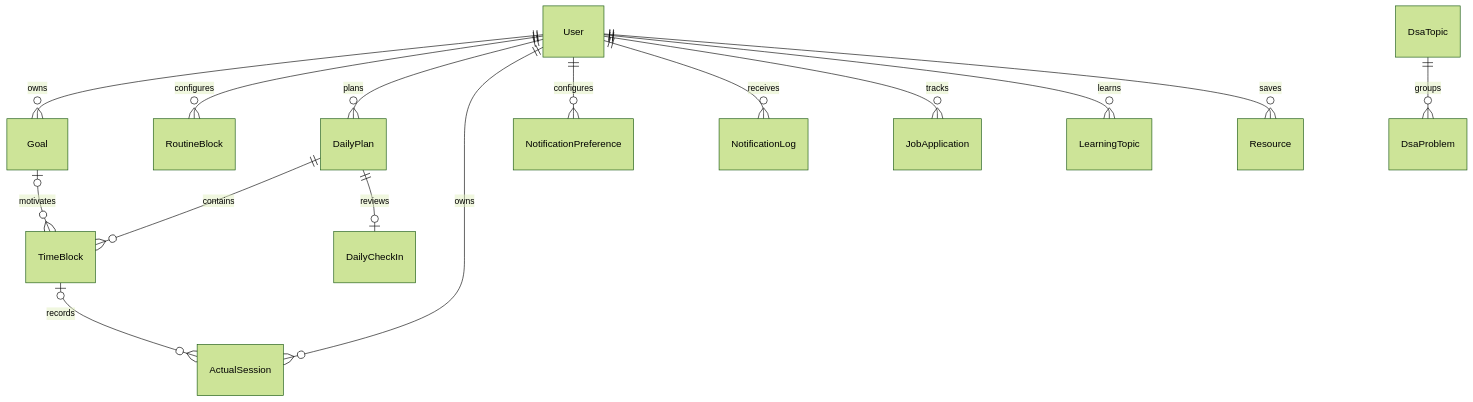
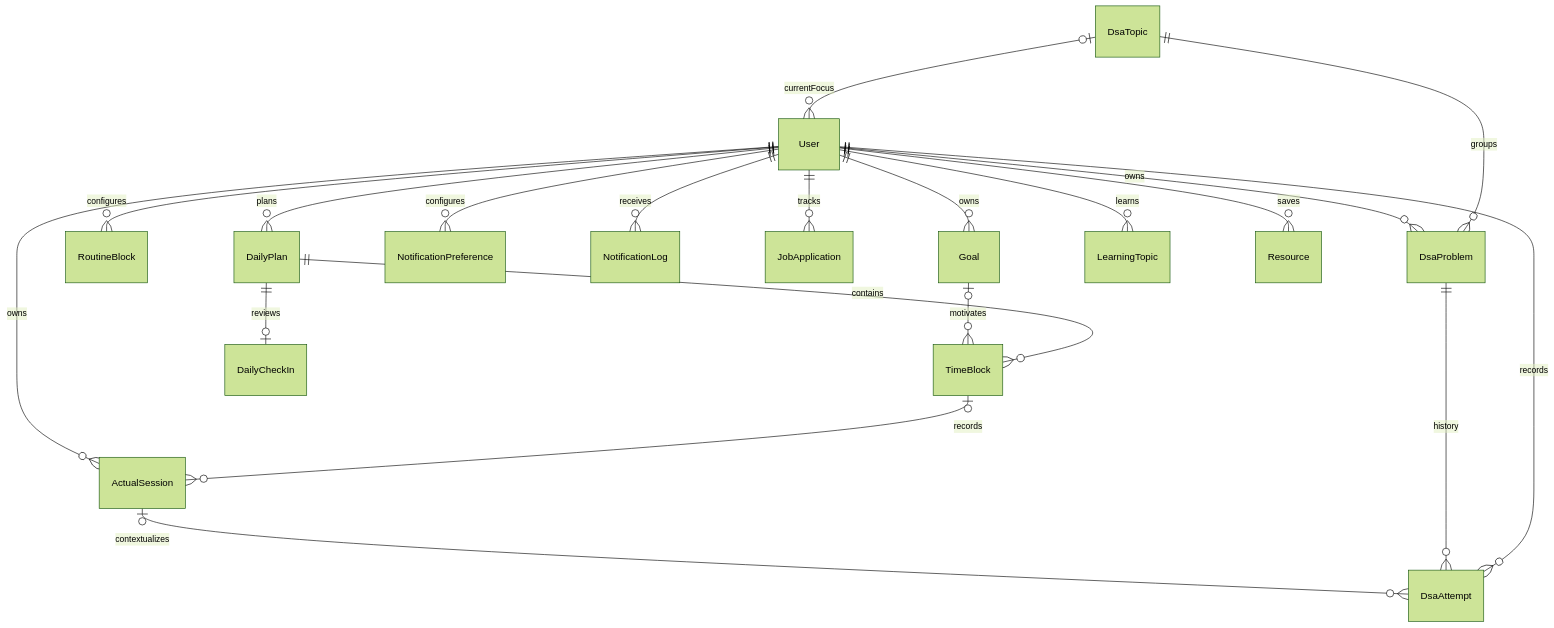
Before and after one commit to Shams261/CareerOs: the third of 3 diagrams in docs/architecture/data-flows.md, drawn with Mermaid (forest theme). The commit also changed other lines of this file and 12 other files, not shown here.

````diff
--- a/docs/architecture/data-flows.md
+++ b/docs/architecture/data-flows.md
@@ -45,17 +49,22 @@
 ```mermaid
 erDiagram
   User ||--o{ Goal : owns
   User ||--o{ RoutineBlock : configures
   User ||--o{ DailyPlan : plans
   DailyPlan ||--o{ TimeBlock : contains
   DailyPlan ||--o| DailyCheckIn : reviews
   TimeBlock o|--o{ ActualSession : records
   Goal o|--o{ TimeBlock : motivates
   User ||--o{ ActualSession : owns
   User ||--o{ NotificationPreference : configures
   User ||--o{ NotificationLog : receives
   User ||--o{ JobApplication : tracks
   DsaTopic ||--o{ DsaProblem : groups
+  DsaTopic o|--o{ User : currentFocus
+  User ||--o{ DsaProblem : owns
+  User ||--o{ DsaAttempt : records
+  DsaProblem ||--o{ DsaAttempt : history
+  ActualSession o|--o{ DsaAttempt : contextualizes
   User ||--o{ LearningTopic : learns
   User ||--o{ Resource : saves
 ```
````
